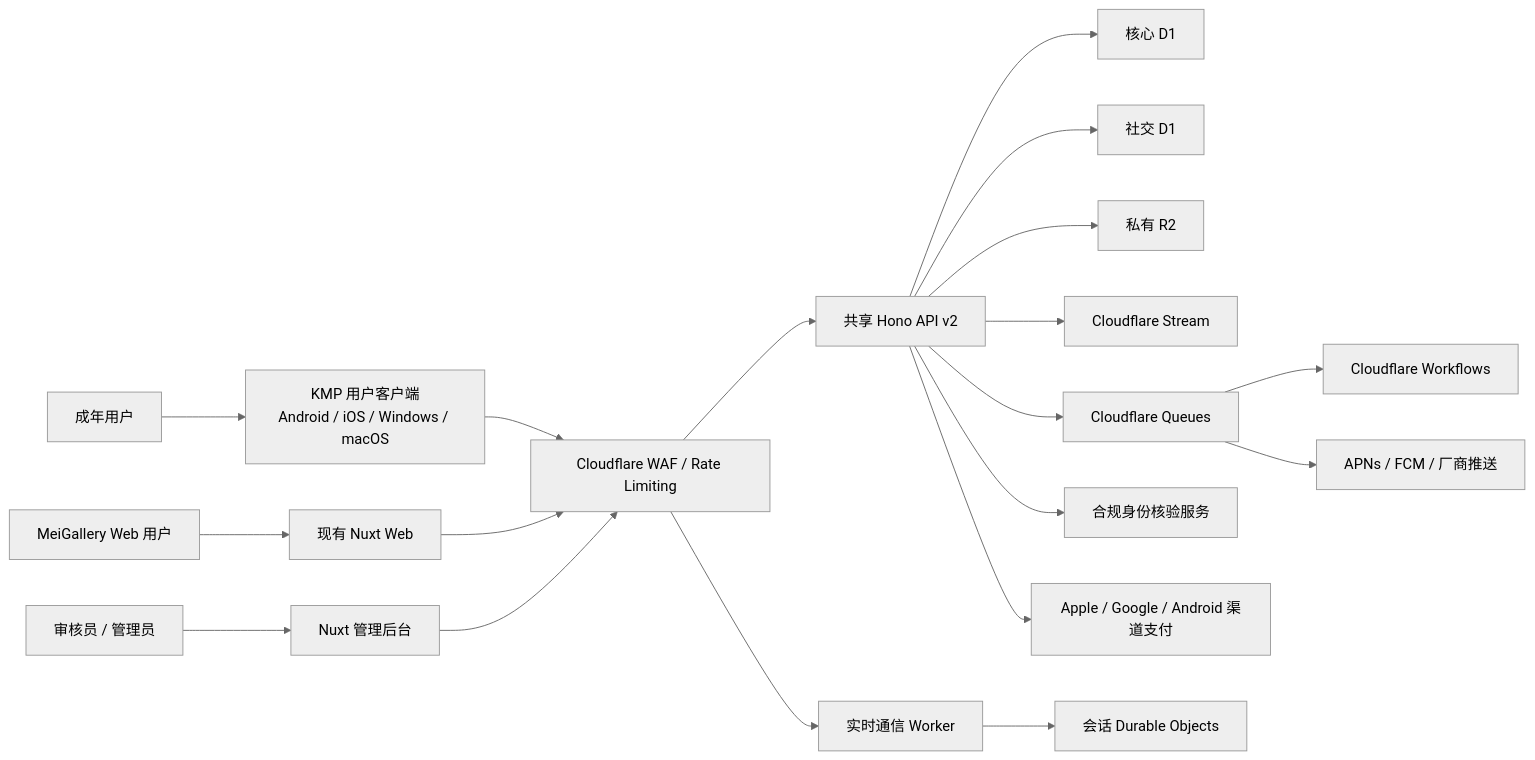
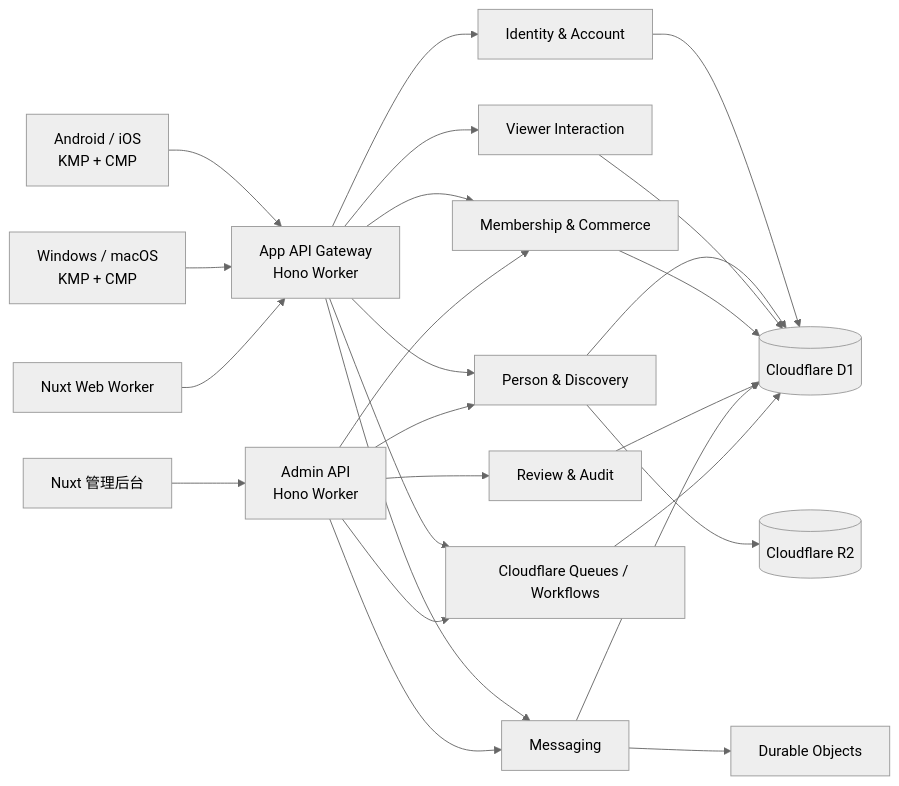
The diagram in docs/app/TECHNICAL_ARCHITECTURE.md (yyg20101/meigallery-cloudflare), drawn with Mermaid (neutral theme) before and after one commit. The commit also changed other lines of this file and 20 other files, not shown here.

````diff
--- a/docs/app/TECHNICAL_ARCHITECTURE.md
+++ b/docs/app/TECHNICAL_ARCHITECTURE.md
@@ -41,24 +24,29 @@
 ```mermaid
 flowchart LR
-    U["成年用户"] --> APP["KMP 用户客户端\nAndroid / iOS / Windows / macOS"]
-    WU["MeiGallery Web 用户"] --> WEB["现有 Nuxt Web"]
-    MOD["审核员 / 管理员"] --> ADMIN["Nuxt 管理后台"]
+    A["Android / iOS\nKMP + CMP"] --> G["App API Gateway\nHono Worker"]
+    D["Windows / macOS\nKMP + CMP"] --> G
+    W["Nuxt Web Worker"] --> G
+    M["Nuxt 管理后台"] --> AG["Admin API\nHono Worker"]
 
-    APP --> EDGE["Cloudflare WAF / Rate Limiting"]
-    WEB --> EDGE
-    ADMIN --> EDGE
-    EDGE --> API["共享 Hono API v2"]
-    EDGE --> RT["实时通信 Worker"]
+    G --> IAM["Identity & Account"]
+    G --> PER["Person & Discovery"]
+    G --> INT["Viewer Interaction"]
+    G --> MSG["Messaging"]
+    G --> COM["Membership & Commerce"]
+    AG --> PER
+    AG --> MSG
+    AG --> COM
+    AG --> GOV["Review & Audit"]
 
-    API --> CORE["核心 D1"]
-    API --> SOCIAL["社交 D1"]
-    API --> R2["私有 R2"]
-    API --> STREAM["Cloudflare Stream"]
-    RT --> DO["会话 Durable Objects"]
-    API --> Q["Cloudflare Queues"]
-    Q --> WF["Cloudflare Workflows"]
-
-    API --> IDV["合规身份核验服务"]
-    API --> STORE["Apple / Google / Android 渠道支付"]
-    Q --> PUSH["APNs / FCM / 厂商推送"]
+    IAM --> D1[("Cloudflare D1")]
+    PER --> D1
+    INT --> D1
+    COM --> D1
+    GOV --> D1
+    PER --> R2[("Cloudflare R2")]
+    MSG --> DO["Durable Objects"]
+    MSG --> D1
+    G --> Q["Cloudflare Queues / Workflows"]
+    AG --> Q
+    Q --> D1
 ```
````
